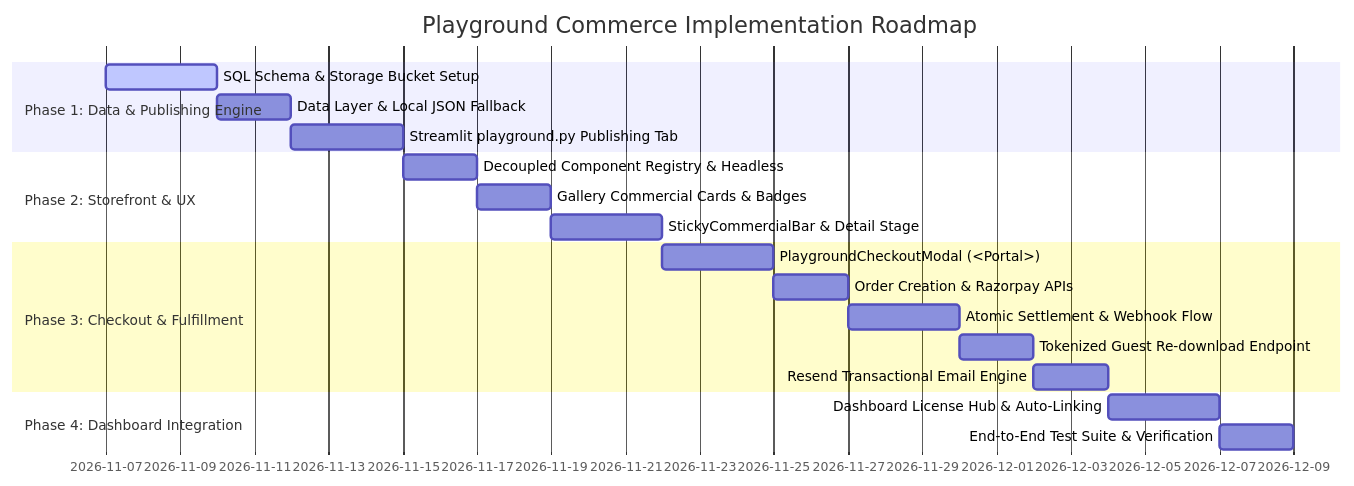
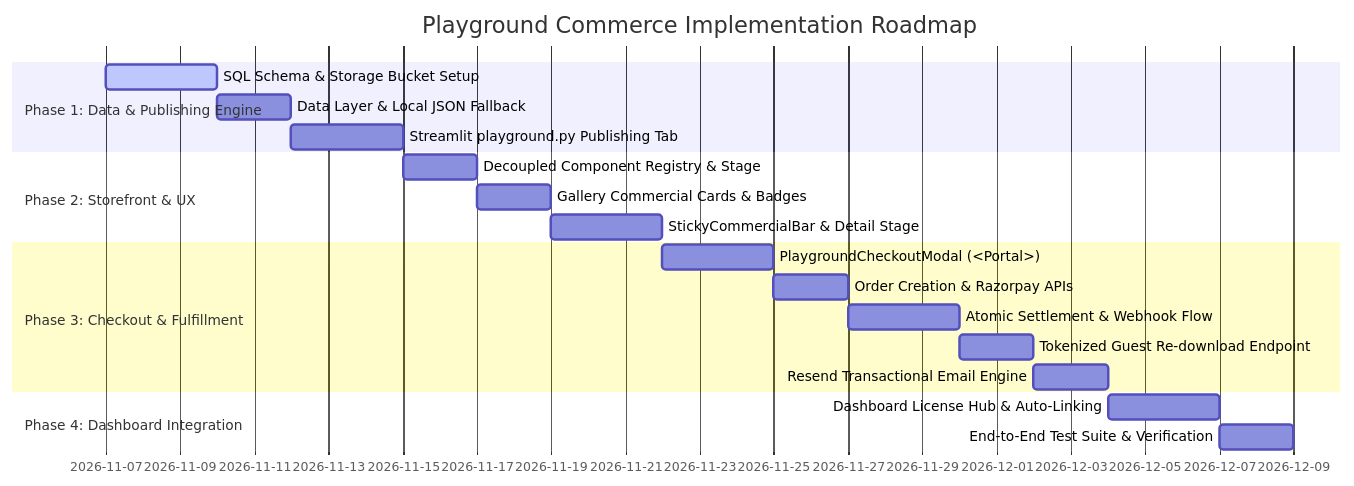
One commit to prat3010/Prateek_website changed the third of 3 diagrams in docs/specs/PRD_PLAYGROUND_COMMERCE.md. Above: the diagram before and after it, drawn with Mermaid. The commit also changed other lines of this file and 26 other files, not shown here.

````diff
--- a/docs/specs/PRD_PLAYGROUND_COMMERCE.md
+++ b/docs/specs/PRD_PLAYGROUND_COMMERCE.md
@@ -903,22 +892,22 @@
 ```mermaid
 gantt
     title Playground Commerce Implementation Roadmap
     dateFormat  YYYY-MM-DD
     section Phase 1: Data & Publishing Engine
     SQL Schema & Storage Bucket Setup     :active, p1_1, 2026-11-07, 3d
     Data Layer & Local JSON Fallback      :p1_2, after p1_1, 2d
     Streamlit playground.py Publishing Tab:p1_3, after p1_2, 3d
     section Phase 2: Storefront & UX
-    Decoupled Component Registry & Headless:p2_1, after p1_3, 2d
+    Decoupled Component Registry & Stage  :p2_1, after p1_3, 2d
     Gallery Commercial Cards & Badges     :p2_2, after p2_1, 2d
     StickyCommercialBar & Detail Stage    :p2_3, after p2_2, 3d
     section Phase 3: Checkout & Fulfillment
     PlaygroundCheckoutModal (<Portal>)    :p3_1, after p2_3, 3d
     Order Creation & Razorpay APIs        :p3_2, after p3_1, 2d
     Atomic Settlement & Webhook Flow      :p3_3, after p3_2, 3d
     Tokenized Guest Re-download Endpoint  :p3_4, after p3_3, 2d
     Resend Transactional Email Engine     :p3_5, after p3_4, 2d
     section Phase 4: Dashboard Integration
     Dashboard License Hub & Auto-Linking  :p4_1, after p3_5, 3d
     End-to-End Test Suite & Verification  :p4_2, after p4_1, 2d
 ```
````
